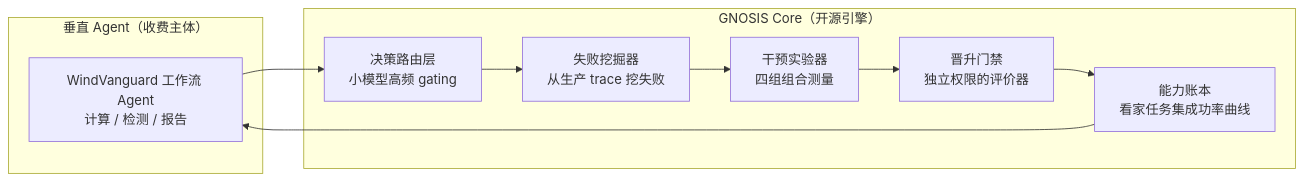
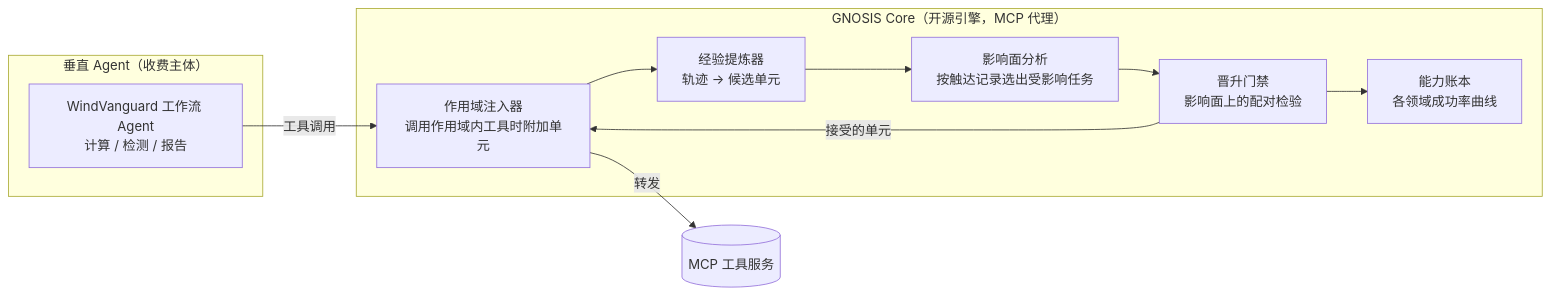
The diagram in docs/GNOSIS-产品PRD.md (Jonah-Wu23/gnosis-agent), drawn with Mermaid before and after one commit. The commit also changed other lines of this file and 62 other files, not shown here.

````diff
--- a/docs/GNOSIS-产品PRD.md
+++ b/docs/GNOSIS-产品PRD.md
@@ -34,14 +42,16 @@
 ```mermaid
 flowchart LR
     subgraph 收费主体["垂直 Agent（收费主体）"]
         W[WindVanguard 工作流 Agent<br/>计算 / 检测 / 报告]
     end
-    subgraph 引擎["GNOSIS Core（开源引擎）"]
-        R[决策路由层<br/>小模型高频 gating]
-        F[失败挖掘器<br/>从生产 trace 挖失败]
-        I[干预实验器<br/>四组组合测量]
-        G[晋升门禁<br/>独立权限的评价器]
-        L[能力账本<br/>看家任务集成功率曲线]
+    subgraph 引擎["GNOSIS Core（开源引擎，MCP 代理）"]
+        X[作用域注入器<br/>调用作用域内工具时附加单元]
+        E[经验提炼器<br/>轨迹 → 候选单元]
+        I[影响面分析<br/>按触达记录选出受影响任务]
+        G[晋升门禁<br/>影响面上的配对检验]
+        L[能力账本<br/>各领域成功率曲线]
     end
-    W --> R --> F --> I --> G --> L --> W
+    W -->|工具调用| X -->|转发| T[(MCP 工具服务)]
+    X --> E --> I --> G --> L
+    G -->|接受的单元| X
 ```
````
